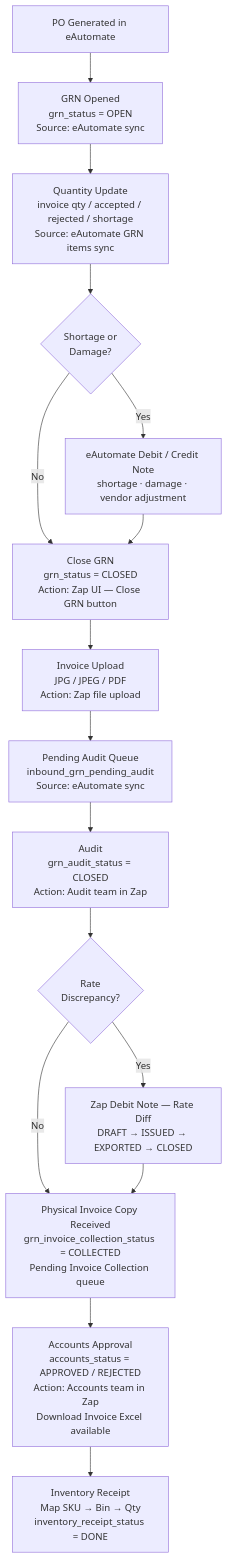
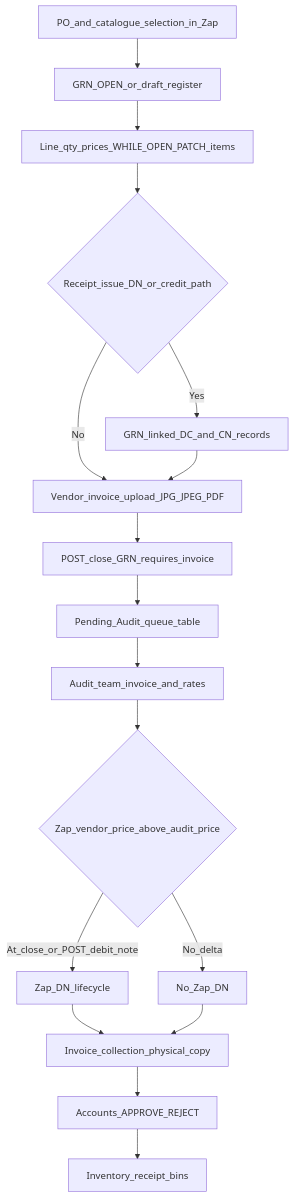
One commit to mohittambi/zap changed the first of 3 diagrams in docs/inbound-grn-debit-credit-note-flows.md. Above: the diagram before and after it, drawn with Mermaid. The commit also changed other lines of this file and 22 other files, not shown here.

````diff
--- a/docs/inbound-grn-debit-credit-note-flows.md
+++ b/docs/inbound-grn-debit-credit-note-flows.md
@@ -5,55 +19,31 @@
 ```mermaid
 flowchart TD
-    PO[PO Generated in eAutomate] --> GRN_OPEN
+    PO[PO_and_catalogue_selection_in_Zap] --> GRN_OPEN["GRN_OPEN_or_draft_register"]
 
-    GRN_OPEN["GRN Opened
-grn_status = OPEN
-Source: eAutomate sync"] --> QTY_UPDATE
+    GRN_OPEN --> QTY["Line_qty_prices_WHILE_OPEN_PATCH_items"]
 
-    QTY_UPDATE["Quantity Update
-invoice qty / accepted / rejected / shortage
-Source: eAutomate GRN items sync"] --> DN_SHORT{Shortage or
-Damage?}
+    QTY --> RCP_ISSUE{Receipt_issue_DN_or_credit_path}
 
-    DN_SHORT -->|Yes| DN_SHORTAGE["eAutomate Debit / Credit Note
-shortage · damage · vendor adjustment"]
-    DN_SHORT -->|No| CLOSE_GRN
+    RCP_ISSUE -->|Yes| GRN_DCIN["GRN_linked_DC_and_CN_records"]
+    RCP_ISSUE -->|No| INV_UP
 
-    DN_SHORTAGE --> CLOSE_GRN
+    GRN_DCIN --> INV_UP["Vendor_invoice_upload_JPG_JPEG_PDF"]
 
-    CLOSE_GRN["Close GRN
-grn_status = CLOSED
-Action: Zap UI — Close GRN button"] --> INV_UPLOAD
+    INV_UP --> CLOSE_GRN["POST_close_GRN_requires_invoice"]
 
-    INV_UPLOAD["Invoice Upload
-JPG / JPEG / PDF
-Action: Zap file upload"] --> PENDING_AUDIT
+    CLOSE_GRN --> AUDIT_QUEUE["Pending_Audit_queue_table"]
 
-    PENDING_AUDIT["Pending Audit Queue
-inbound_grn_pending_audit
-Source: eAutomate sync"] --> AUDIT_ACTION
+    AUDIT_QUEUE --> AUDIT_TEAM["Audit_team_invoice_and_rates"]
 
-    AUDIT_ACTION["Audit
-grn_audit_status = CLOSED
-Action: Audit team in Zap"] --> DN_RATE{Rate
-Discrepancy?}
+    AUDIT_TEAM --> RATE_DN{Zap_vendor_price_above_audit_price}
 
-    DN_RATE -->|Yes| DN_ZAP["Zap Debit Note — Rate Diff
-DRAFT → ISSUED → EXPORTED → CLOSED"]
-    DN_RATE -->|No| INV_COLLECT
+    RATE_DN -->|At_close_or_POST_debit_note| DN_ZAP["Zap_DN_lifecycle"]
+    RATE_DN -->|No_delta| SKIP_DN[No_Zap_DN]
 
-    DN_ZAP --> INV_COLLECT
+    DN_ZAP --> INV_COLL["Invoice_collection_physical_copy"]
+    SKIP_DN --> INV_COLL
 
-    INV_COLLECT["Physical Invoice Copy Received
-grn_invoice_collection_status = COLLECTED
-Pending Invoice Collection queue"] --> ACCOUNTS
+    INV_COLL --> ACCOUNTS["Accounts_APPROVE_REJECT"]
 
-    ACCOUNTS["Accounts Approval
-accounts_status = APPROVED / REJECTED
-Action: Accounts team in Zap
-Download Invoice Excel available"] --> INV_RECEIPT
-
-    INV_RECEIPT["Inventory Receipt
-Map SKU → Bin → Qty
-inventory_receipt_status = DONE"]
+    ACCOUNTS --> INV_REC["Inventory_receipt_bins"]
 ```
````
